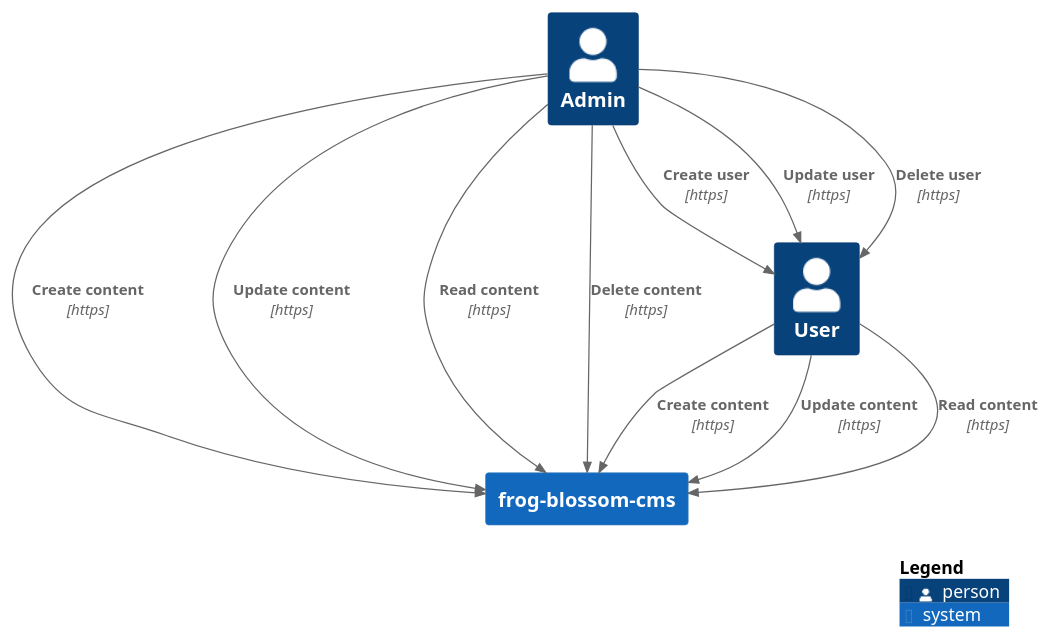
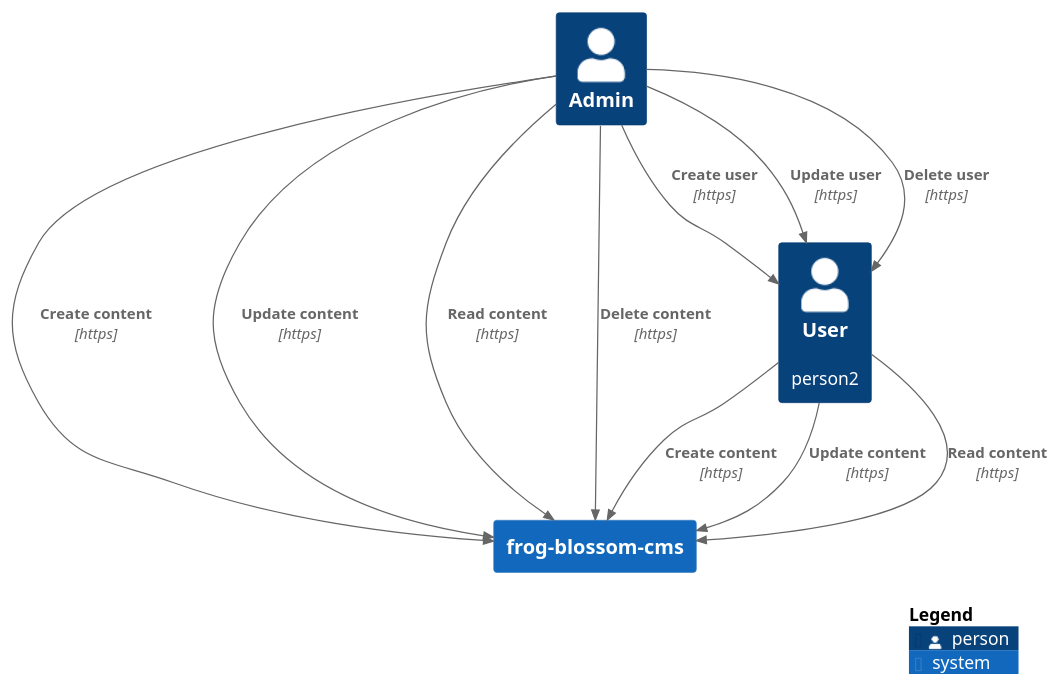
The diagram in design-docs/context.puml (minierparedes/frog-blossom-docs), drawn with PlantUML before and after one commit.

Commit message:
Apr 30, 2024, 12:36 PM

```diff
--- a/design-docs/context.puml
+++ b/design-docs/context.puml
@@ -1,24 +1,24 @@
 @startuml frog-blossom-context
 !include https://raw.githubusercontent.com/plantuml-stdlib/C4-PlantUML/master/C4_Context.puml
 
 Person(admin, "Admin")
 System(cms, "frog-blossom-cms")
 
-Person(user, "User")
+Person(user, "User", person2)
 System(cms, "frog-blossom-cms")
 
 
 Rel(admin, user, "Create user", "https")
 Rel(admin, user, "Update user", "https")
 Rel(admin, user, "Delete user", "https")
 Rel(admin, cms, "Create content", "https")
 Rel(admin, cms, "Update content", "https")
 Rel(admin, cms, "Read content", "https")
 Rel(admin, cms, "Delete content", "https")
 
 Rel(user, cms, "Create content", "https")
 Rel(user, cms, "Update content", "https")
 Rel(user, cms, "Read content", "https")
 
 SHOW_LEGEND(true)
 @enduml
```
